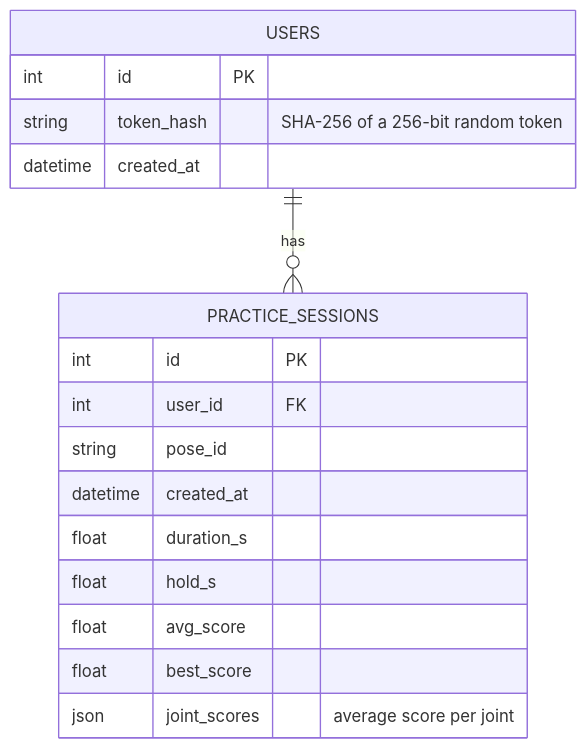
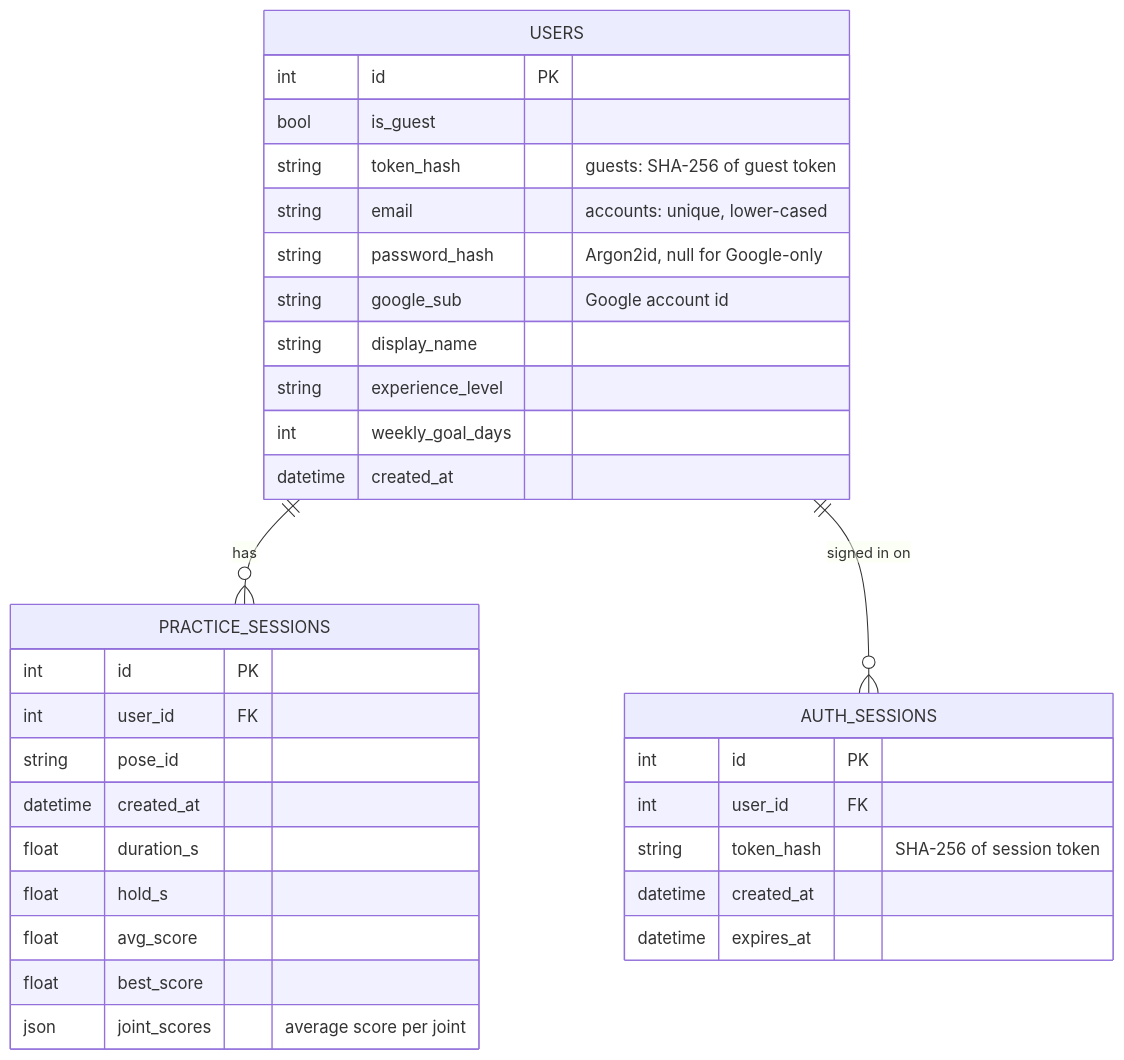
The sixth of 7 diagrams in README.md (anay15/Prana), drawn with Mermaid before and after one commit. The commit also changed other lines of this file and 1 other file, not shown here.

First line of the commit message:
Document accounts, personal coaching and small-room support

````diff
--- a/README.md
+++ b/README.md
@@ -229,20 +318,35 @@
 ```mermaid
 erDiagram
     USERS ||--o{ PRACTICE_SESSIONS : has
+    USERS ||--o{ AUTH_SESSIONS : "signed in on"
     USERS {
         int id PK
-        string token_hash "SHA-256 of a 256-bit random token"
+        bool is_guest
+        string token_hash "guests: SHA-256 of guest token"
+        string email "accounts: unique, lower-cased"
+        string password_hash "Argon2id, null for Google-only"
+        string google_sub "Google account id"
+        string display_name
+        string experience_level
+        int weekly_goal_days
         datetime created_at
+    }
+    AUTH_SESSIONS {
+        int id PK
+        int user_id FK
+        string token_hash "SHA-256 of session token"
+        datetime created_at
+        datetime expires_at
     }
     PRACTICE_SESSIONS {
         int id PK
         int user_id FK
         string pose_id
         datetime created_at
         float duration_s
         float hold_s
         float avg_score
         float best_score
         json joint_scores "average score per joint"
     }
 ```
````
